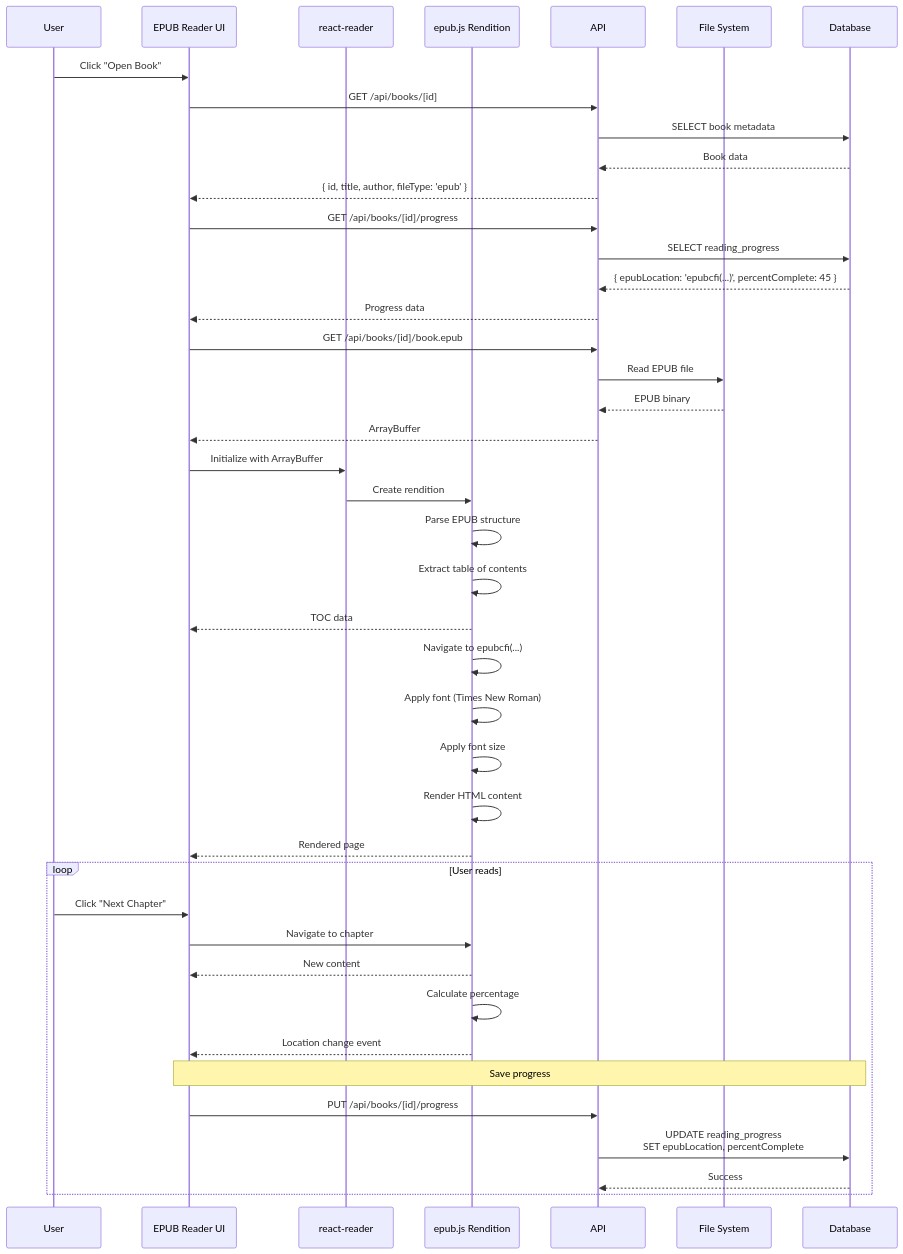
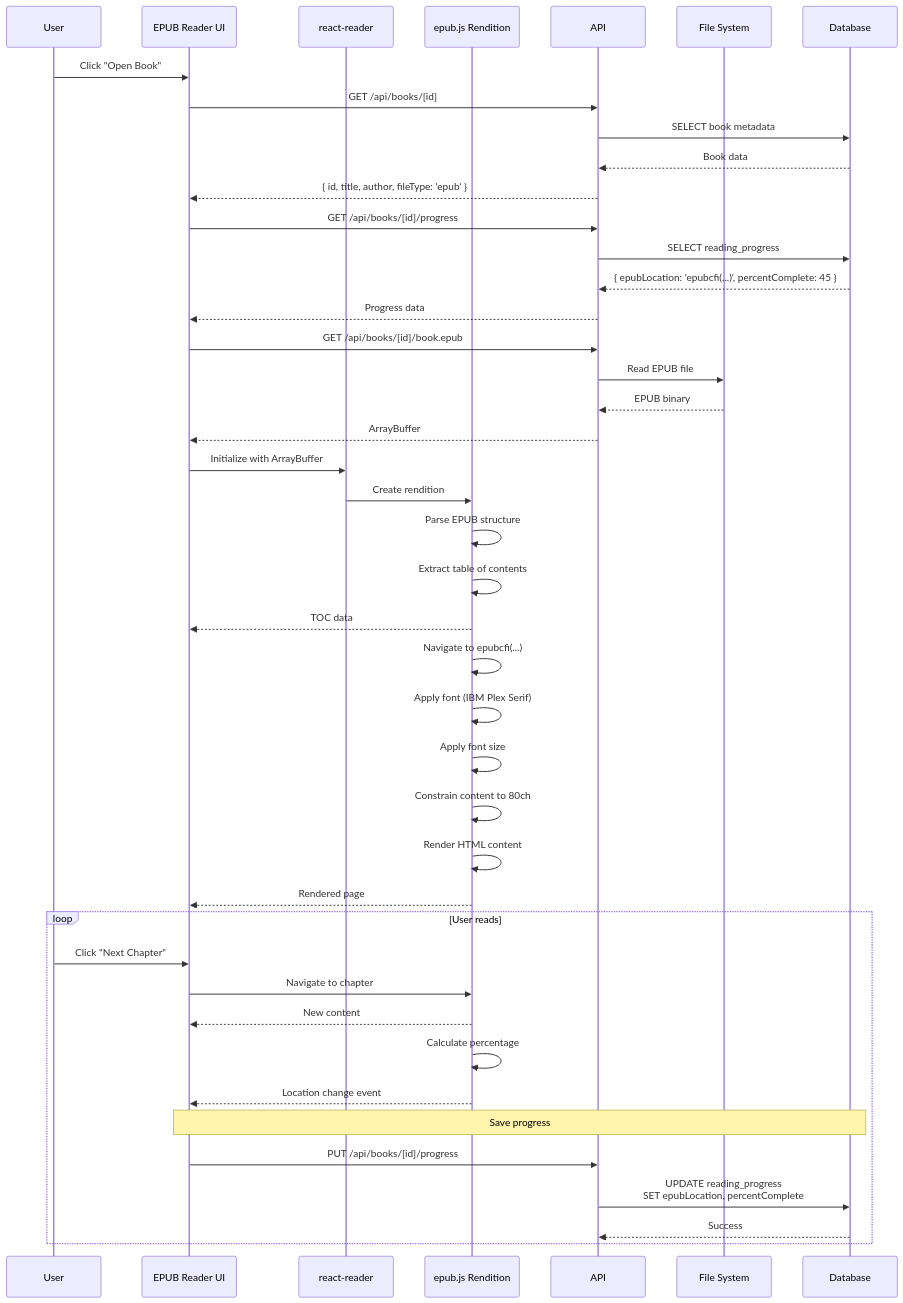
One commit to jamesacklin/alex changed the fifth of 9 diagrams in docs/design/sequence-diagrams.md. Above: the diagram before and after it, drawn with Mermaid. The commit also changed other lines of this file and 3 other files, not shown here.

````diff
--- a/docs/design/sequence-diagrams.md
+++ b/docs/design/sequence-diagrams.md
@@ -257,52 +262,53 @@
 ```mermaid
 sequenceDiagram
     participant User
     participant UI as EPUB Reader UI
     participant ReactReader as react-reader
     participant Rendition as epub.js Rendition
     participant API
     participant FS as File System
     participant DB as Database
 
     User->>UI: Click "Open Book"
     UI->>API: GET /api/books/[id]
     API->>DB: SELECT book metadata
     DB-->>API: Book data
     API-->>UI: { id, title, author, fileType: 'epub' }
 
     UI->>API: GET /api/books/[id]/progress
     API->>DB: SELECT reading_progress
     DB-->>API: { epubLocation: 'epubcfi(...)', percentComplete: 45 }
     API-->>UI: Progress data
 
     UI->>API: GET /api/books/[id]/book.epub
     API->>FS: Read EPUB file
     FS-->>API: EPUB binary
     API-->>UI: ArrayBuffer
 
     UI->>ReactReader: Initialize with ArrayBuffer
     ReactReader->>Rendition: Create rendition
     Rendition->>Rendition: Parse EPUB structure
     Rendition->>Rendition: Extract table of contents
     Rendition-->>UI: TOC data
 
     Rendition->>Rendition: Navigate to epubcfi(...)
-    Rendition->>Rendition: Apply font (Times New Roman)
+    Rendition->>Rendition: Apply font (IBM Plex Serif)
     Rendition->>Rendition: Apply font size
+    Rendition->>Rendition: Constrain content to 80ch
     Rendition->>Rendition: Render HTML content
     Rendition-->>UI: Rendered page
 
     loop User reads
         User->>UI: Click "Next Chapter"
         UI->>Rendition: Navigate to chapter
         Rendition-->>UI: New content
 
         Rendition->>Rendition: Calculate percentage
         Rendition-->>UI: Location change event
 
         Note over UI,DB: Save progress
         UI->>API: PUT /api/books/[id]/progress
         API->>DB: UPDATE reading_progress<br/>SET epubLocation, percentComplete
         DB-->>API: Success
     end
 ```
````
